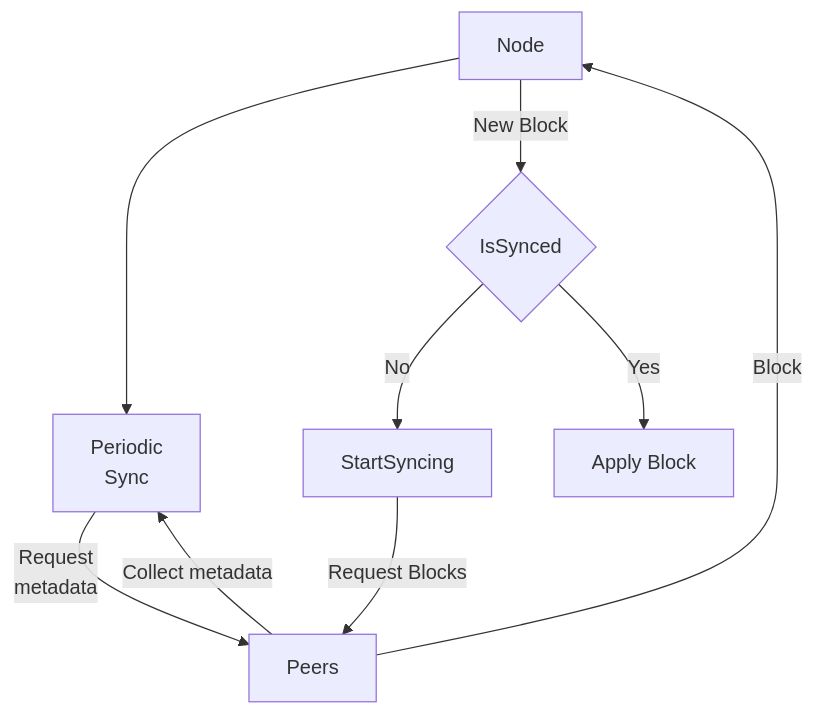
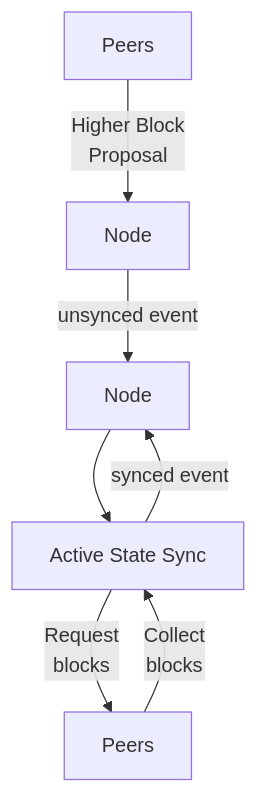
One commit to pokt-network/pocket changed the third of 6 diagrams in consensus/doc/PROTOCOL_STATE_SYNC.md. Above: the diagram before and after it, drawn with Mermaid. The commit also changed other lines of this file and 3 other files, not shown here.

````diff
--- a/consensus/doc/PROTOCOL_STATE_SYNC.md
+++ b/consensus/doc/PROTOCOL_STATE_SYNC.md
@@ -115,20 +142,12 @@
 ```mermaid
 flowchart TD
     %% start
-    A[Node] --> B[Periodic <br> Sync]
-    A[Node] --> |New Block| C{IsSynced}
-
-    %% periodic snyc
-    B --> |Request <br> metadata| D[Peers]
-    D[Peers] --> |Collect metadata| B[Periodic <br> Sync]
-
-
-    %% is node sycnhed
-    C -->  |No| E[StartSyncing]
-    C -->  |Yes| F[Apply Block]
+    A[Peers] --> |Higher Block <br> Proposal| B[Node]
+    B[Node] --> |unsynced event| C[FSM]
+    C -->  D[Active State Sync]
 
     %% syncing
-    E --> |Request Blocks| D[Peers]
-    D[Peers] --> |Block| A[Node]
-
+    D --> |Request <br> blocks| E[Peers]
+    E[Peers] --> |Collect <br> blocks| D[Active State Sync]
+    D --> |synced event| C[Node]
 ```
````
